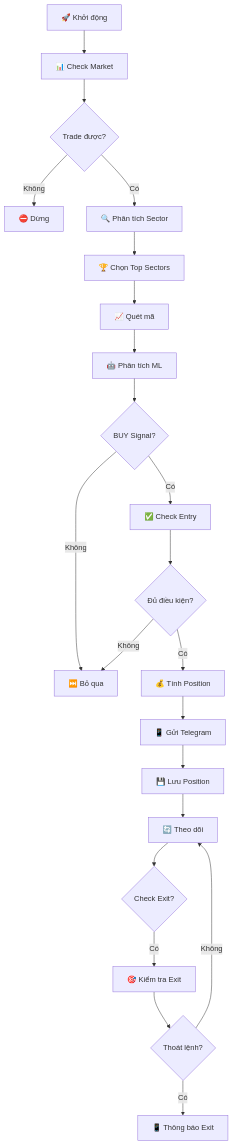
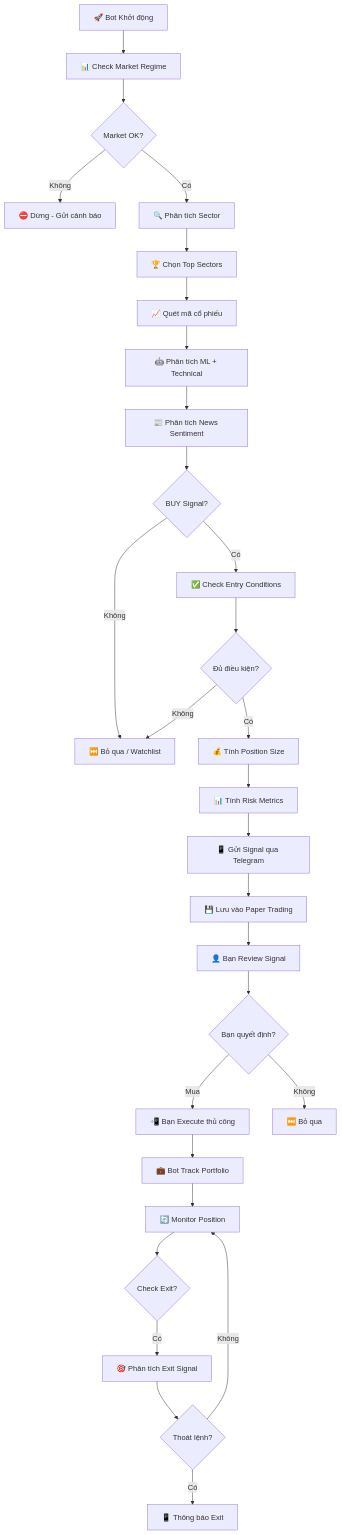
Before and after one commit to mrkimhp949/vn_analyis_kim: the diagram in TRADING_BOT_FLOW.md, drawn with Mermaid. The commit also changed other lines of this file and 1 other file, not shown here.

````diff
--- a/TRADING_BOT_FLOW.md
+++ b/TRADING_BOT_FLOW.md
@@ -5,24 +15,31 @@
 ```mermaid
 graph TD
-    A[🚀 Khởi động] --> B[📊 Check Market]
-    B --> C{Trade được?}
-    C -->|Không| D[⛔ Dừng]
+    A[🚀 Bot Khởi động] --> B[📊 Check Market Regime]
+    B --> C{Market OK?}
+    C -->|Không| D[⛔ Dừng - Gửi cảnh báo]
     C -->|Có| E[🔍 Phân tích Sector]
     E --> F[🏆 Chọn Top Sectors]
-    F --> G[📈 Quét mã]
-    G --> H[🤖 Phân tích ML]
-    H --> I{BUY Signal?}
-    I -->|Không| J[⏭️ Bỏ qua]
-    I -->|Có| K[✅ Check Entry]
-    K --> L{Đủ điều kiện?}
-    L -->|Không| J
-    L -->|Có| M[💰 Tính Position]
-    M --> N[📱 Gửi Telegram]
-    N --> O[💾 Lưu Position]
-    O --> P[🔄 Theo dõi]
-    P --> Q{Check Exit?}
-    Q -->|Có| R[🎯 Kiểm tra Exit]
-    R --> S{Thoát lệnh?}
-    S -->|Có| T[📱 Thông báo Exit]
-    S -->|Không| P
+    F --> G[📈 Quét mã cổ phiếu]
+    G --> H[🤖 Phân tích ML + Technical]
+    H --> I[📰 Phân tích News Sentiment]
+    I --> J{BUY Signal?}
+    J -->|Không| K[⏭️ Bỏ qua / Watchlist]
+    J -->|Có| L[✅ Check Entry Conditions]
+    L --> M{Đủ điều kiện?}
+    M -->|Không| K
+    M -->|Có| N[💰 Tính Position Size]
+    N --> O[📊 Tính Risk Metrics]
+    O --> P[📱 Gửi Signal qua Telegram]
+    P --> Q[💾 Lưu vào Paper Trading]
+    Q --> R[👤 Bạn Review Signal]
+    R --> S{Bạn quyết định?}
+    S -->|Mua| T[📲 Bạn Execute thủ công]
+    S -->|Không| U[⏭️ Bỏ qua]
+    T --> V[💼 Bot Track Portfolio]
+    V --> W[🔄 Monitor Position]
+    W --> X{Check Exit?}
+    X -->|Có| Y[🎯 Phân tích Exit Signal]
+    Y --> Z{Thoát lệnh?}
+    Z -->|Có| AA[📱 Thông báo Exit]
+    Z -->|Không| W
 ```
````
